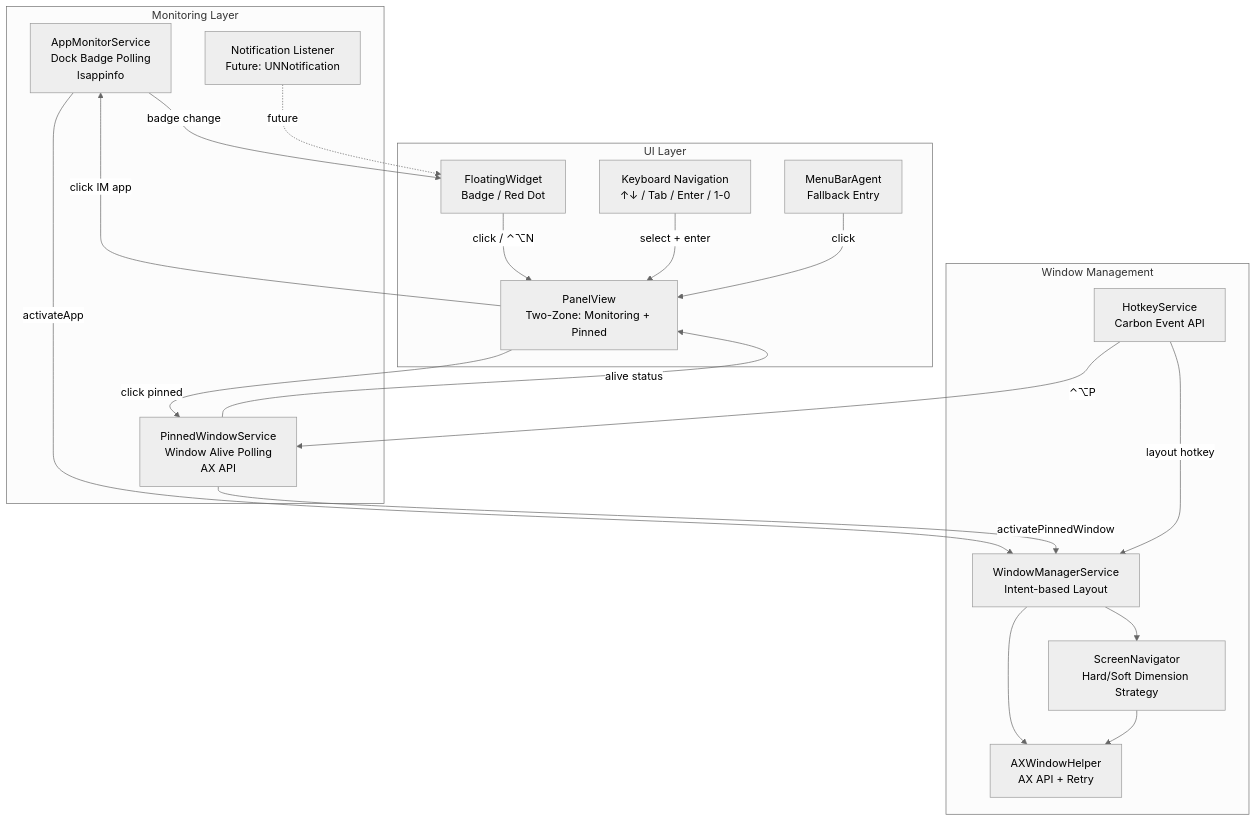
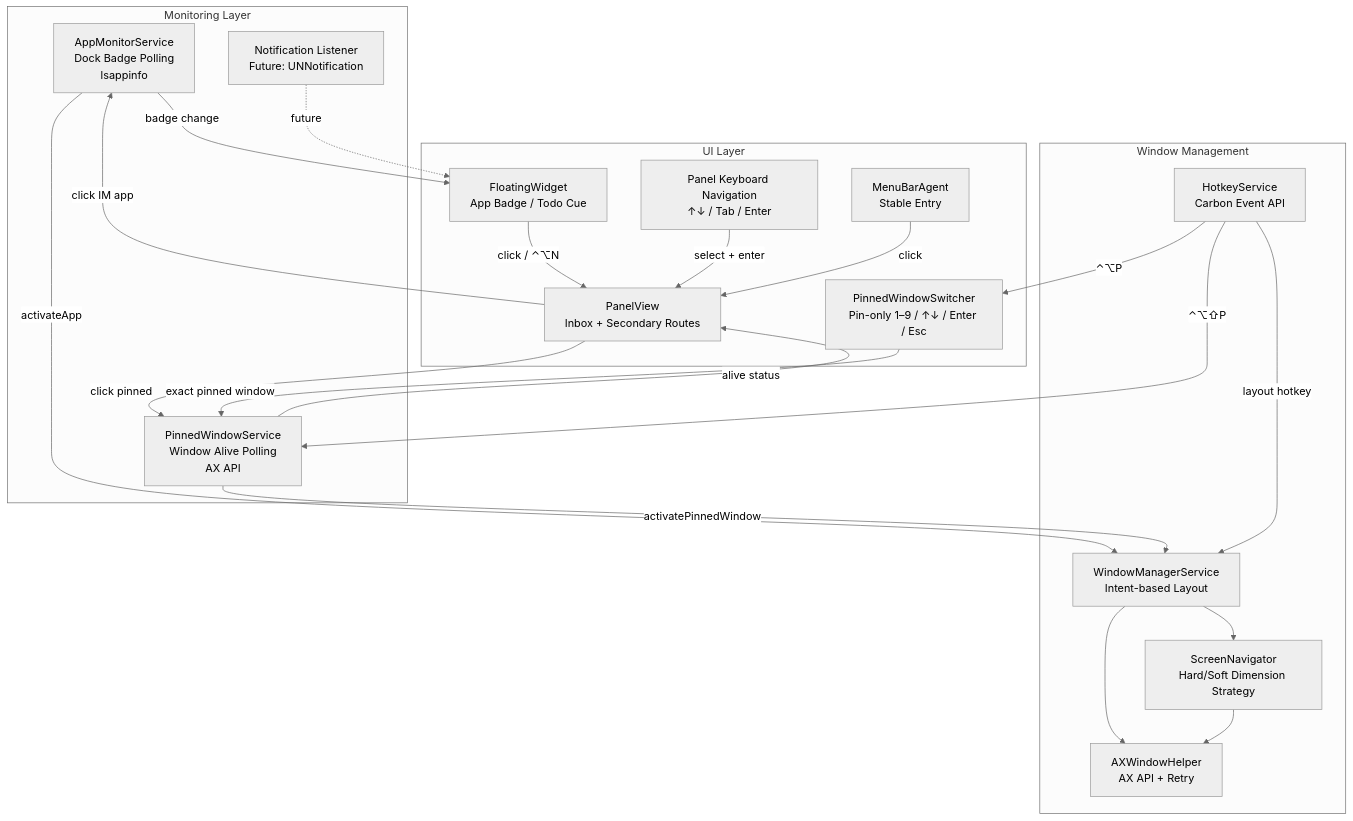
Before and after one commit to MickMi/narc_for_mac: the fourth of 4 diagrams in docs/architecture.md, drawn with Mermaid (neutral theme). The commit also changed other lines of this file and 78 other files, not shown here.

````diff
--- a/docs/architecture.md
+++ b/docs/architecture.md
@@ -80,38 +139,41 @@
 ```mermaid
 flowchart TB
     subgraph Monitoring ["Monitoring Layer"]
         AM[AppMonitorService<br/>Dock Badge Polling<br/>lsappinfo]
         PWS[PinnedWindowService<br/>Window Alive Polling<br/>AX API]
         NL[Notification Listener<br/>Future: UNNotification]
     end
 
     subgraph UI ["UI Layer"]
-        FW[FloatingWidget<br/>Badge / Red Dot]
-        PV[PanelView<br/>Two-Zone: Monitoring + Pinned]
-        KB[Keyboard Navigation<br/>↑↓ / Tab / Enter / 1-0]
-        MB[MenuBarAgent<br/>Fallback Entry]
+        FW[FloatingWidget<br/>App Badge / Todo Cue]
+        PV[PanelView<br/>Inbox + Secondary Routes]
+        PS[PinnedWindowSwitcher<br/>Pin-only 1–9 / ↑↓ / Enter / Esc]
+        KB[Panel Keyboard Navigation<br/>↑↓ / Tab / Enter]
+        MB[MenuBarAgent<br/>Stable Entry]
     end
 
     subgraph WindowMgmt ["Window Management"]
         WM[WindowManagerService<br/>Intent-based Layout]
         SN[ScreenNavigator<br/>Hard/Soft Dimension Strategy]
         HK[HotkeyService<br/>Carbon Event API]
         AX[AXWindowHelper<br/>AX API + Retry]
     end
 
     AM -->|badge change| FW
     PWS -->|alive status| PV
     NL -.->|future| FW
     FW -->|click / ⌃⌥N| PV
     PV -->|click IM app| AM
     AM -->|activateApp| WM
     PV -->|click pinned| PWS
     PWS -->|activatePinnedWindow| WM
     KB -->|select + enter| PV
     MB -->|click| PV
     HK -->|layout hotkey| WM
-    HK -->|⌃⌥P| PWS
+    HK -->|⌃⌥P| PS
+    HK -->|⌃⌥⇧P| PWS
+    PS -->|exact pinned window| PWS
     WM --> SN
     WM --> AX
     SN --> AX
 ```
````
